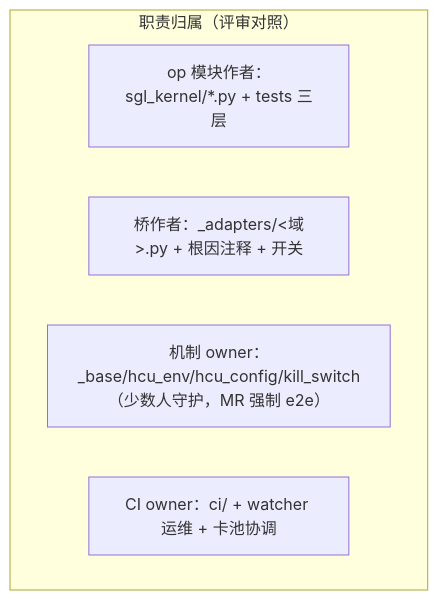
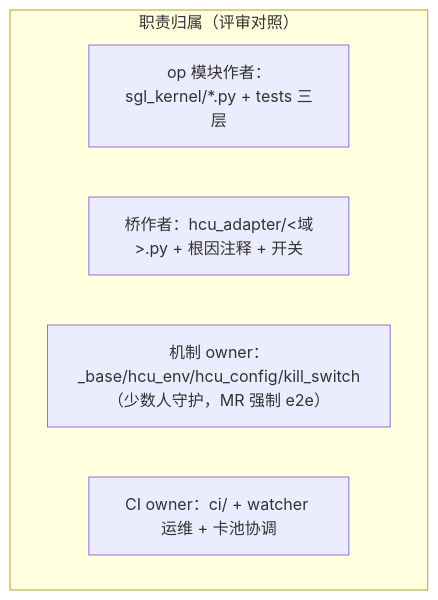
The third of 3 diagrams in docs/architecture.md (463975089/adapter-das), drawn with Mermaid before and after one commit. The commit also changed other lines of this file and 240 other files, not shown here.

First line of the commit message:
refactor: 并包 hcu_adapter + 治理 §7 + 去个人痕迹 + 远端平台退役

````diff
--- a/docs/architecture.md
+++ b/docs/architecture.md
@@ -280,9 +286,9 @@
 ```mermaid
 flowchart TB
     subgraph OWN["职责归属（评审对照）"]
         O1["op 模块作者：sgl_kernel/*.py + tests 三层"]
-        O2["桥作者：_adapters/<域>.py + 根因注释 + 开关"]
+        O2["桥作者：hcu_adapter/<域>.py + 根因注释 + 开关"]
         O3["机制 owner：_base/hcu_env/hcu_config/kill_switch<br/>（少数人守护，MR 强制 e2e）"]
         O4["CI owner：ci/ + watcher 运维 + 卡池协调"]
     end
 ```
````
